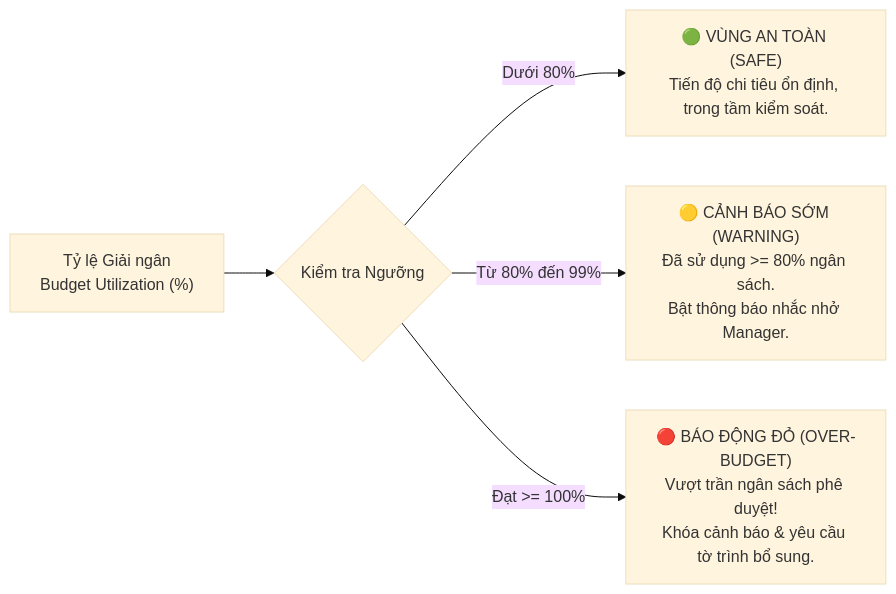
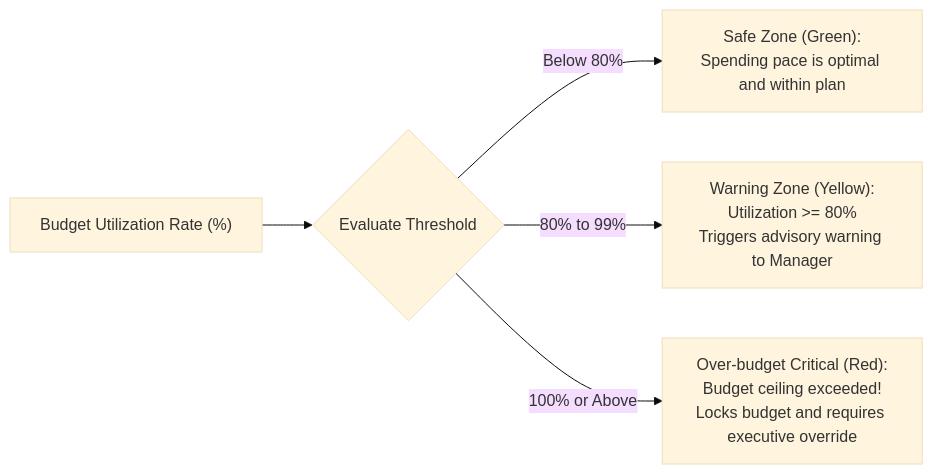
One commit to cuonglpv/VFast changed the eighth of 12 diagrams in docs/04-information-architecture-manager.md. Above: the diagram before and after it, drawn with Mermaid (base theme). The commit also changed other lines of this file, not shown here.

Commit message:
docs: translate manager IA to English and fix Mermaid diagrams in 3.4 and 4.3

````diff
--- a/docs/04-information-architecture-manager.md
+++ b/docs/04-information-architecture-manager.md
@@ -761,7 +573,7 @@
 ```mermaid
 flowchart LR
-    Util["Tỷ lệ Giải ngân<br/>Budget Utilization (%)"] --> Check{Kiểm tra Ngưỡng}
-    Check -->|Dưới 80%| Safe["🟢 VÙNG AN TOÀN (SAFE)<br/>Tiến độ chi tiêu ổn định, trong tầm kiểm soát."]
-    Check -->|Từ 80% đến 99%| Warn["🟡 CẢNH BÁO SỚM (WARNING)<br/>Đã sử dụng >= 80% ngân sách.<br/>Bật thông báo nhắc nhở Manager."]
-    Check -->|Đạt >= 100%| Danger["🔴 BÁO ĐỘNG ĐỎ (OVER-BUDGET)<br/>Vượt trần ngân sách phê duyệt!<br/>Khóa cảnh báo & yêu cầu tờ trình bổ sung."]
+    Util["Budget Utilization Rate (%)"] --> Check{"Evaluate Threshold"}
+    Check -->|"Below 80%"| Safe["Safe Zone (Green):<br/>Spending pace is optimal and within plan"]
+    Check -->|"80% to 99%"| Warn["Warning Zone (Yellow):<br/>Utilization >= 80%<br/>Triggers advisory warning to Manager"]
+    Check -->|"100% or Above"| Danger["Over-budget Critical (Red):<br/>Budget ceiling exceeded!<br/>Locks budget and requires executive override"]
 ```
````
